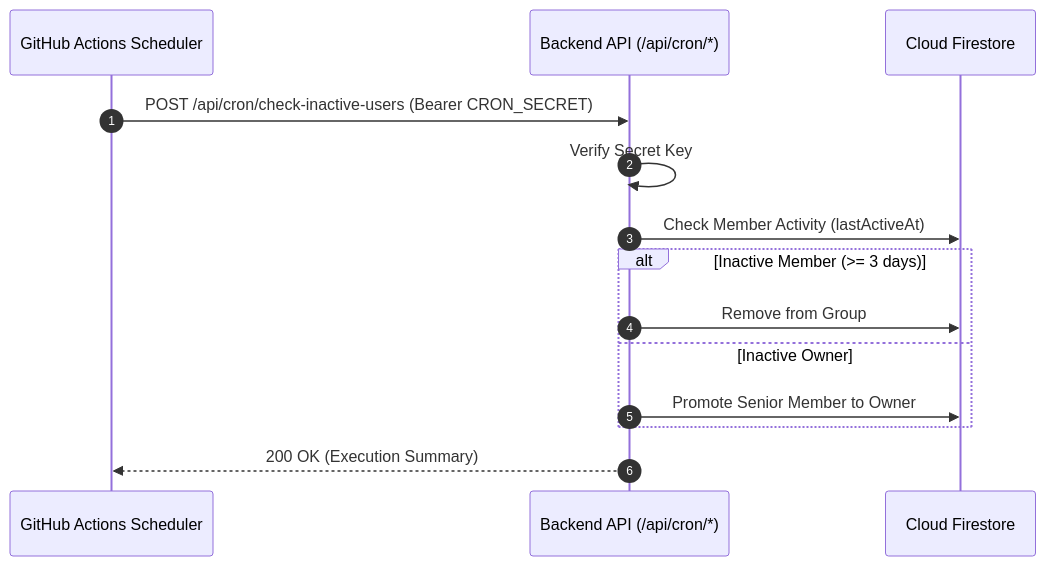
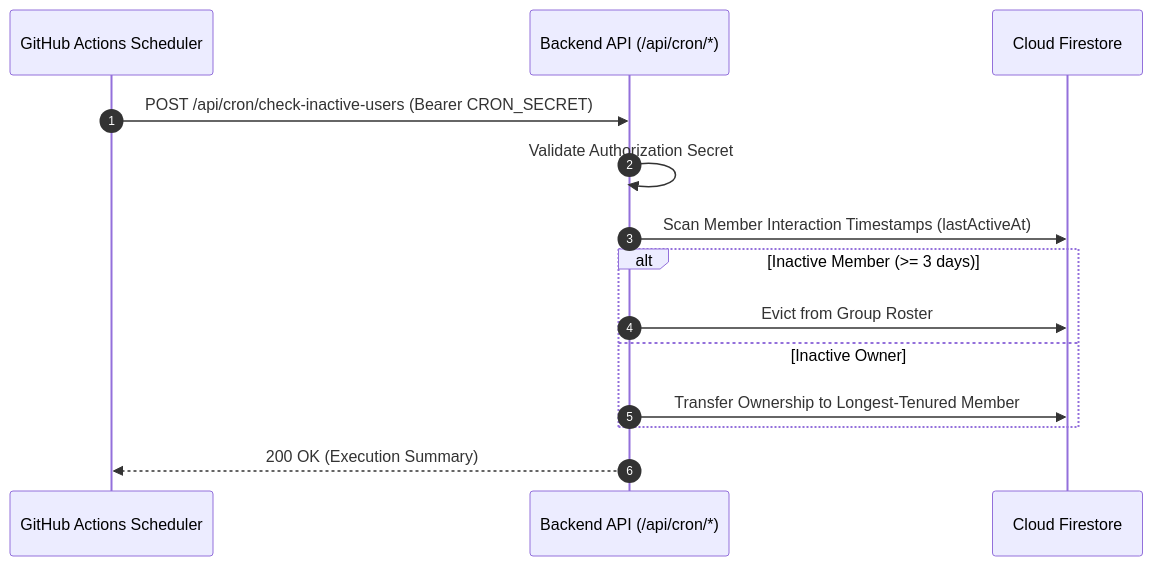
The diagram in docs/cicd-maintenance-automation.md (ScriptureHabit/scripture-habit), drawn with Mermaid before and after one commit. The commit also changed other lines of this file and 57 other files, not shown here.

Commit message:
docs: refine documentation prose and add structured diagram breakdowns across JA and EN

````diff
--- a/docs/cicd-maintenance-automation.md
+++ b/docs/cicd-maintenance-automation.md
@@ -32,17 +32,17 @@
 ```mermaid
 sequenceDiagram
     autonumber
     participant GitHub as GitHub Actions Scheduler
     participant API as Backend API (/api/cron/*)
     participant DB as Cloud Firestore
 
     GitHub->>API: POST /api/cron/check-inactive-users (Bearer CRON_SECRET)
-    API->>API: Verify Secret Key
-    API->>DB: Check Member Activity (lastActiveAt)
+    API->>API: Validate Authorization Secret
+    API->>DB: Scan Member Interaction Timestamps (lastActiveAt)
     alt Inactive Member (>= 3 days)
-        API->>DB: Remove from Group
+        API->>DB: Evict from Group Roster
     else Inactive Owner
-        API->>DB: Promote Senior Member to Owner
+        API->>DB: Transfer Ownership to Longest-Tenured Member
     end
     API-->>GitHub: 200 OK (Execution Summary)
 ```
````
